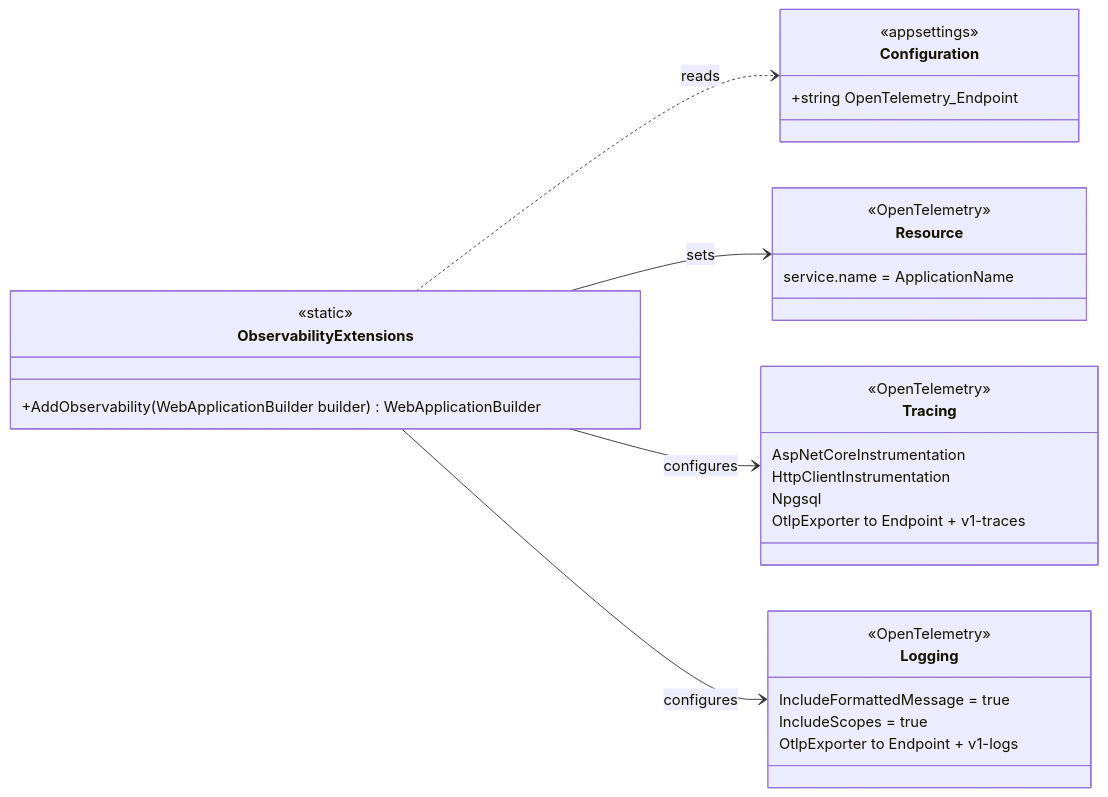
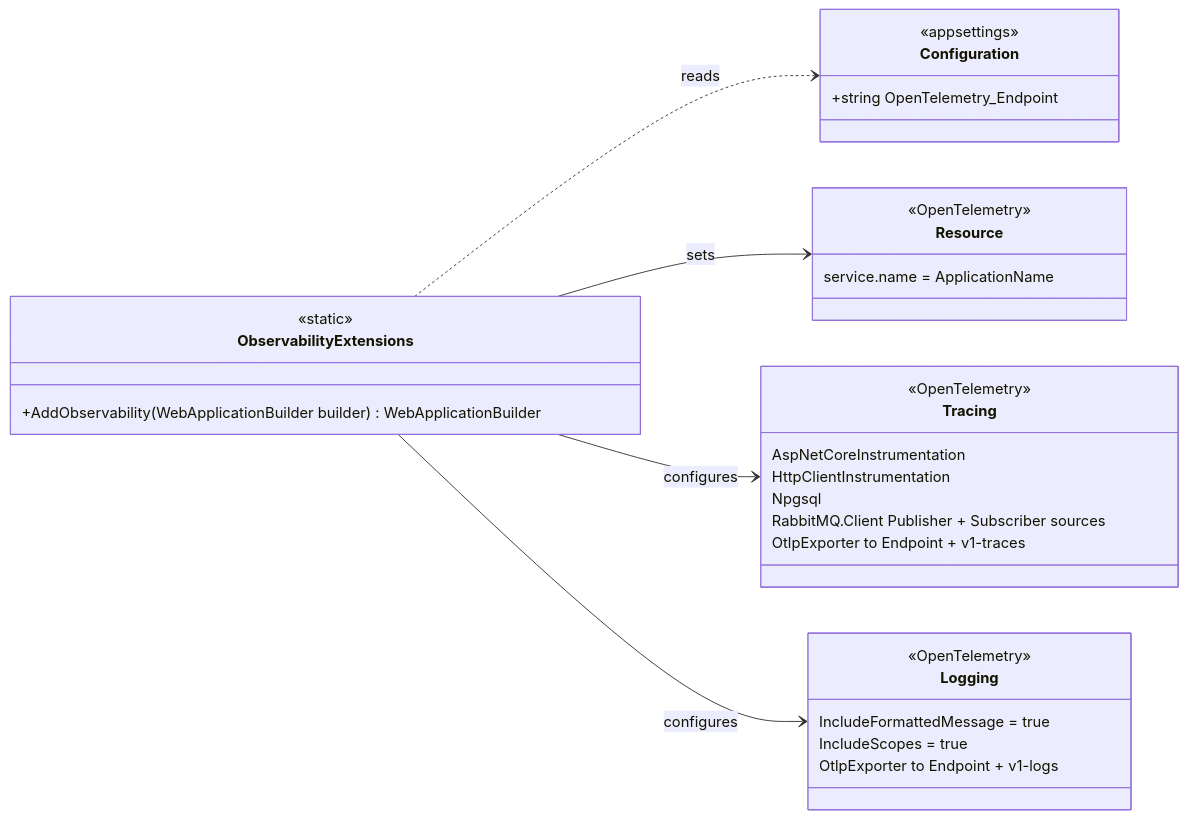
The diagram in C4 diagram/docs/L4/observability.md (PBSW-easv-ea-peter/HappyHeadlines), drawn with Mermaid before and after one commit. The commit also changed other lines of this file and 4 other files, not shown here.

````diff
--- a/C4 diagram/docs/L4/observability.md
+++ b/C4 diagram/docs/L4/observability.md
@@ -13,39 +13,40 @@
 ```mermaid
 classDiagram
     direction LR
 
     class ObservabilityExtensions {
         <<static>>
         +AddObservability(WebApplicationBuilder builder) WebApplicationBuilder
     }
 
     class Configuration {
         <<appsettings>>
         +string OpenTelemetry_Endpoint
     }
 
     class Resource {
         <<OpenTelemetry>>
         service.name = ApplicationName
     }
 
     class Tracing {
         <<OpenTelemetry>>
         AspNetCoreInstrumentation
         HttpClientInstrumentation
         Npgsql
+        RabbitMQ.Client Publisher + Subscriber sources
         OtlpExporter to Endpoint + v1-traces
     }
 
     class Logging {
         <<OpenTelemetry>>
         IncludeFormattedMessage = true
         IncludeScopes = true
         OtlpExporter to Endpoint + v1-logs
     }
 
     ObservabilityExtensions ..> Configuration : reads
     ObservabilityExtensions --> Resource : sets
     ObservabilityExtensions --> Tracing : configures
     ObservabilityExtensions --> Logging : configures
 ```
````
